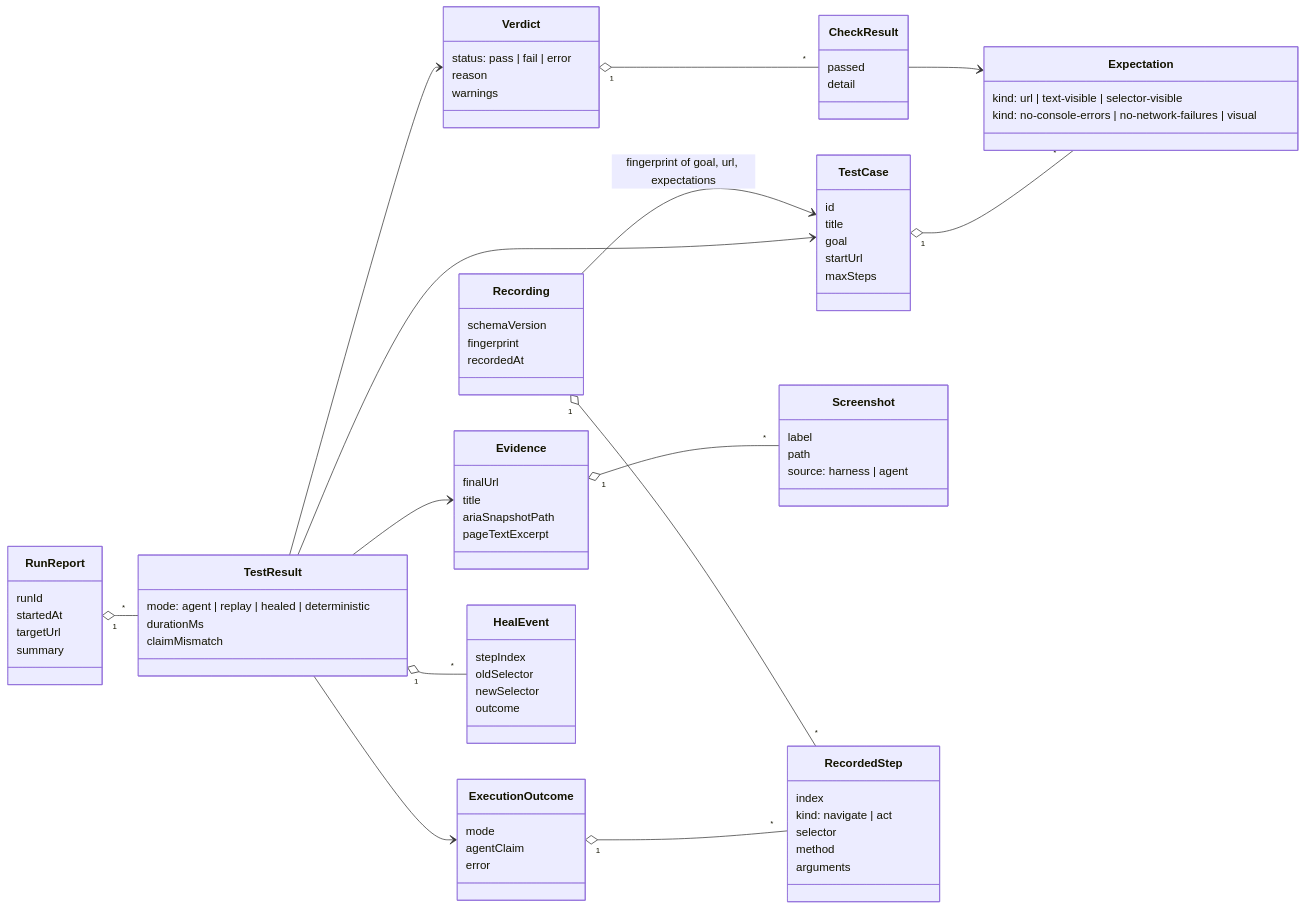
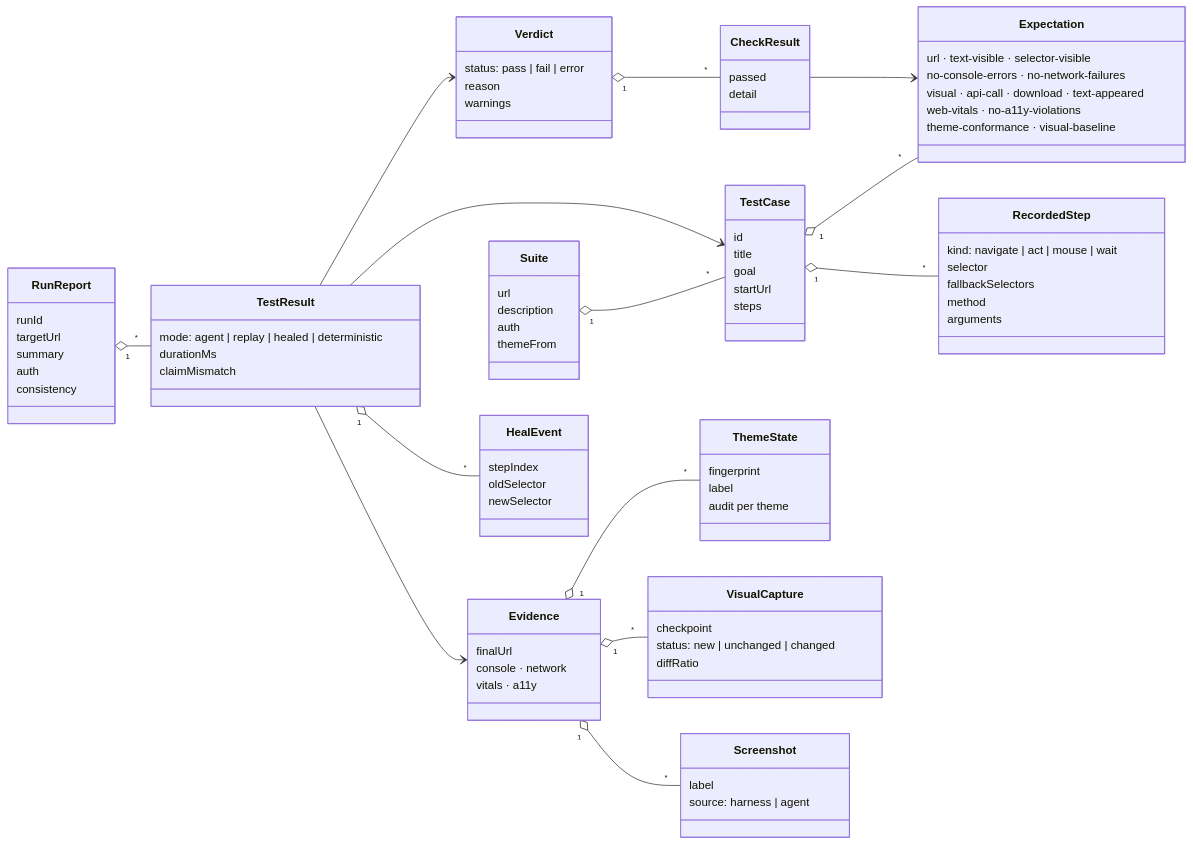
The diagram in docs/diagrams/04-data-model.mmd (Roh4n-1729/AI-E2E-Testing-Agent), drawn with Mermaid before and after one commit. The commit also changed 55 other files, not shown here.

```diff
--- a/docs/diagrams/04-data-model.mmd
+++ b/docs/diagrams/04-data-model.mmd
@@ -1,81 +1,88 @@
 classDiagram
   direction LR
+  class Suite {
+    url
+    description
+    auth
+    themeFrom
+  }
   class RunReport {
     runId
-    startedAt
     targetUrl
     summary
+    auth
+    consistency
   }
   class TestCase {
     id
     title
     goal
     startUrl
-    maxSteps
+    steps
   }
   class Expectation {
-    kind: url | text-visible | selector-visible
-    kind: no-console-errors | no-network-failures | visual
+    url · text-visible · selector-visible
+    no-console-errors · no-network-failures
+    visual · api-call · download · text-appeared
+    web-vitals · no-a11y-violations
+    theme-conformance · visual-baseline
   }
   class TestResult {
     mode: agent | replay | healed | deterministic
     durationMs
     claimMismatch
-  }
-  class ExecutionOutcome {
-    mode
-    agentClaim
-    error
   }
   class Verdict {
     status: pass | fail | error
     reason
     warnings
   }
   class CheckResult {
     passed
     detail
   }
   class Evidence {
     finalUrl
-    title
-    ariaSnapshotPath
-    pageTextExcerpt
+    console · network
+    vitals · a11y
+  }
+  class ThemeState {
+    fingerprint
+    label
+    audit per theme
+  }
+  class VisualCapture {
+    checkpoint
+    status: new | unchanged | changed
+    diffRatio
   }
   class Screenshot {
     label
-    path
     source: harness | agent
   }
   class RecordedStep {
-    index
-    kind: navigate | act
+    kind: navigate | act | mouse | wait
     selector
+    fallbackSelectors
     method
     arguments
-  }
-  class Recording {
-    schemaVersion
-    fingerprint
-    recordedAt
   }
   class HealEvent {
     stepIndex
     oldSelector
     newSelector
-    outcome
   }
 
+  Suite "1" o-- "*" TestCase
   RunReport "1" o-- "*" TestResult
   TestResult --> TestCase
   TestCase "1" o-- "*" Expectation
+  TestCase "1" o-- "*" RecordedStep
   TestResult --> Verdict
   TestResult --> Evidence
-  TestResult --> ExecutionOutcome
   TestResult "1" o-- "*" HealEvent
   Verdict "1" o-- "*" CheckResult
   CheckResult --> Expectation
   Evidence "1" o-- "*" Screenshot
-  ExecutionOutcome "1" o-- "*" RecordedStep
-  Recording "1" o-- "*" RecordedStep
-  Recording --> TestCase : fingerprint of goal, url, expectations
+  Evidence "1" o-- "*" ThemeState
+  Evidence "1" o-- "*" VisualCapture
```
